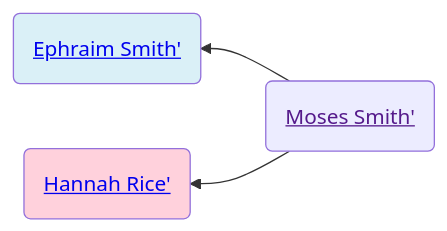
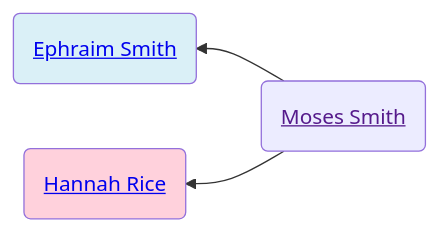
Before and after one commit to neelsmith/avocational: the first of 2 diagrams in familyhistory/sources/people/Moses_Smith_connections/Moses_Smith.qmd, drawn with Mermaid. The commit also changed other lines of this file and 96 other files, not shown here.

````diff
--- a/familyhistory/sources/people/Moses_Smith_connections/Moses_Smith.qmd
+++ b/familyhistory/sources/people/Moses_Smith_connections/Moses_Smith.qmd
@@ -26,12 +26,12 @@
 ```{mermaid}
 graph RL
 %% RL ancestor diagram
-Moses_Smith(<a href=''>Moses Smith'</>) -->  Ephraim_Smith(<a href='./../Merrill-line/White-line/Candace-Smith-line/Ephraim_Smith.html'>Ephraim Smith'</>)
+Moses_Smith(<a href=''>Moses Smith</a>) -->  Ephraim_Smith(<a href='./../Merrill-line/White-line/Candace-Smith-line/Ephraim_Smith.html'>Ephraim Smith</a>)
 class Ephraim_Smith father
-Moses_Smith(<a href=''>Moses Smith'</>)  --> Hannah_Rice(<a href='./../Merrill-line/White-line/Candace-Smith-line/Hannah_Rice.html'>Hannah Rice'</>)
+Moses_Smith(<a href=''>Moses Smith</a>)  --> Hannah_Rice(<a href='./../Merrill-line/White-line/Candace-Smith-line/Hannah_Rice.html'>Hannah Rice</a>)
 class Hannah_Rice mother
 classDef mother fill:#ffd1dc
 classDef father fill:#daf0f7  
 classDef marriage fill:#ffffff
 
 ```
````
